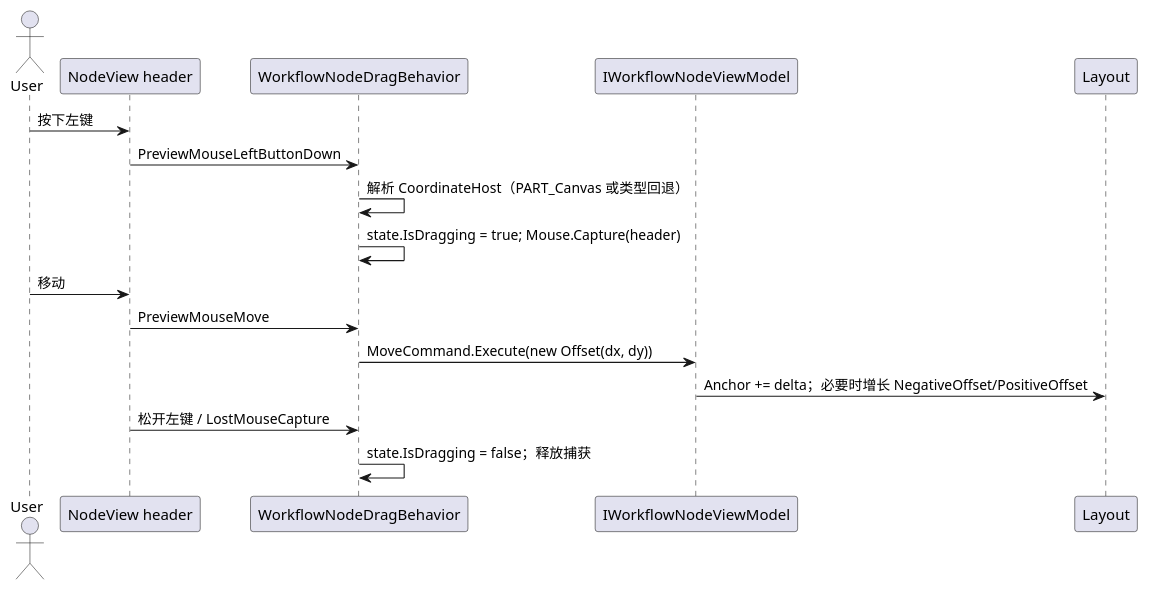
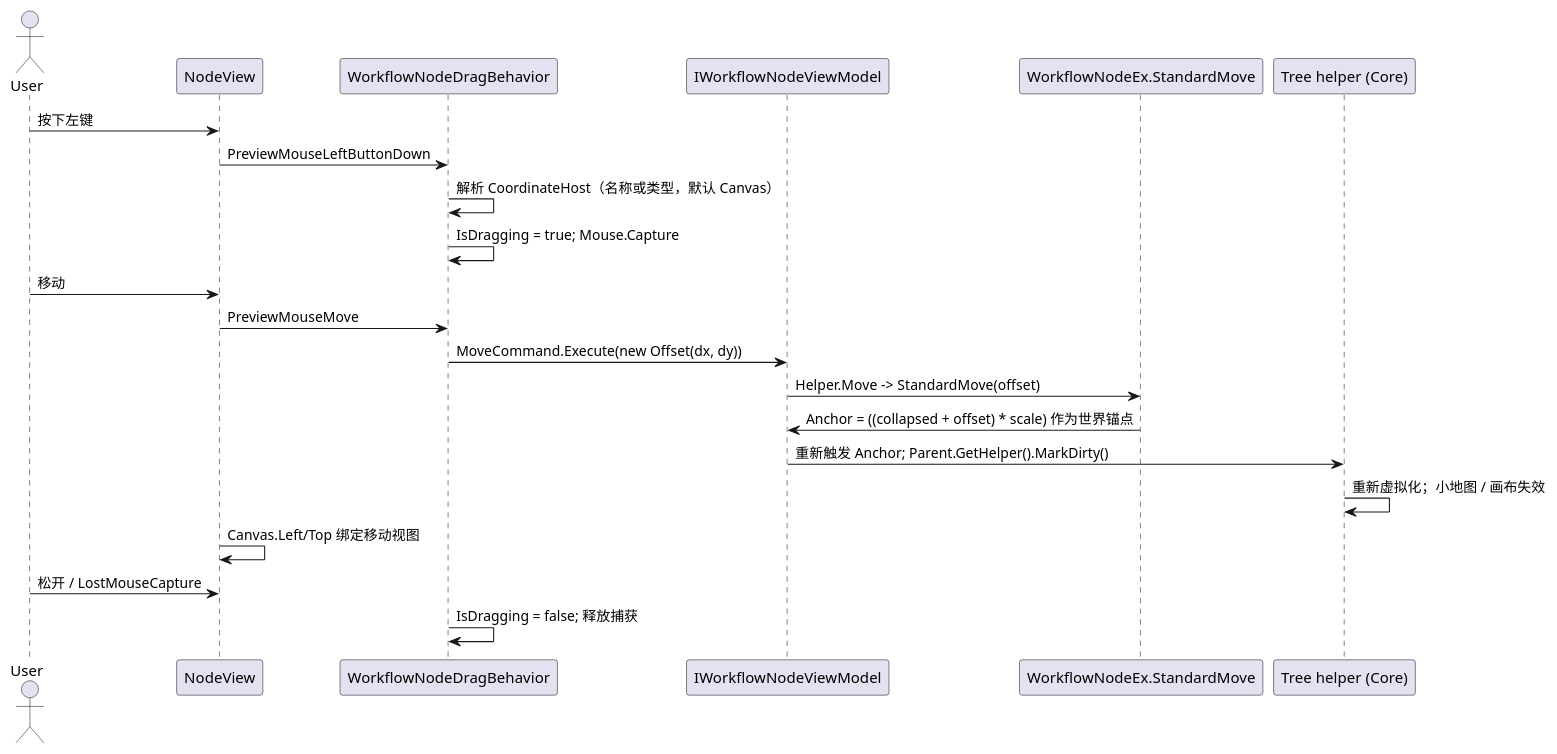
Before and after one commit to Axvser/VeloxDev.Docs: the fourth of 6 diagrams in src/CloudGlyph/Assets/Docs/content/zh/3_SE分析/03_数据流分析/08_平台适配器/index.md, drawn with PlantUML. The commit also changed other lines of this file and 443 other files, not shown here.

````diff
--- a/src/CloudGlyph/Assets/Docs/content/zh/3_SE分析/03_数据流分析/08_平台适配器/index.md
+++ b/src/CloudGlyph/Assets/Docs/content/zh/3_SE分析/03_数据流分析/08_平台适配器/index.md
@@ -40,20 +101,25 @@
 ```plantuml
 @startuml
 actor User
-participant "NodeView header" as N
+participant "NodeView" as NV
 participant "WorkflowNodeDragBehavior" as D
 participant "IWorkflowNodeViewModel" as VM
-participant "Layout" as L
+participant "WorkflowNodeEx.StandardMove" as SM
+participant "Tree helper (Core)" as H
 
-User -> N : 按下左键
-N -> D : PreviewMouseLeftButtonDown
-D -> D : 解析 CoordinateHost（PART_Canvas 或类型回退）
-D -> D : state.IsDragging = true; Mouse.Capture(header)
-User -> N : 移动
-N -> D : PreviewMouseMove
+User -> NV : 按下左键
+NV -> D : PreviewMouseLeftButtonDown
+D -> D : 解析 CoordinateHost（名称或类型，默认 Canvas）
+D -> D : IsDragging = true; Mouse.Capture
+User -> NV : 移动
+NV -> D : PreviewMouseMove
 D -> VM : MoveCommand.Execute(new Offset(dx, dy))
-VM -> L : Anchor += delta；必要时增长 NegativeOffset/PositiveOffset
-N -> D : 松开左键 / LostMouseCapture
-D -> D : state.IsDragging = false；释放捕获
+VM -> SM : Helper.Move -> StandardMove(offset)
+SM -> VM : Anchor = ((collapsed + offset) * scale) 作为世界锚点
+VM -> H : 重新触发 Anchor; Parent.GetHelper().MarkDirty()
+H -> H : 重新虚拟化；小地图 / 画布失效
+NV -> NV : Canvas.Left/Top 绑定移动视图
+User -> NV : 松开 / LostMouseCapture
+D -> D : IsDragging = false; 释放捕获
 @enduml
 ```
````
